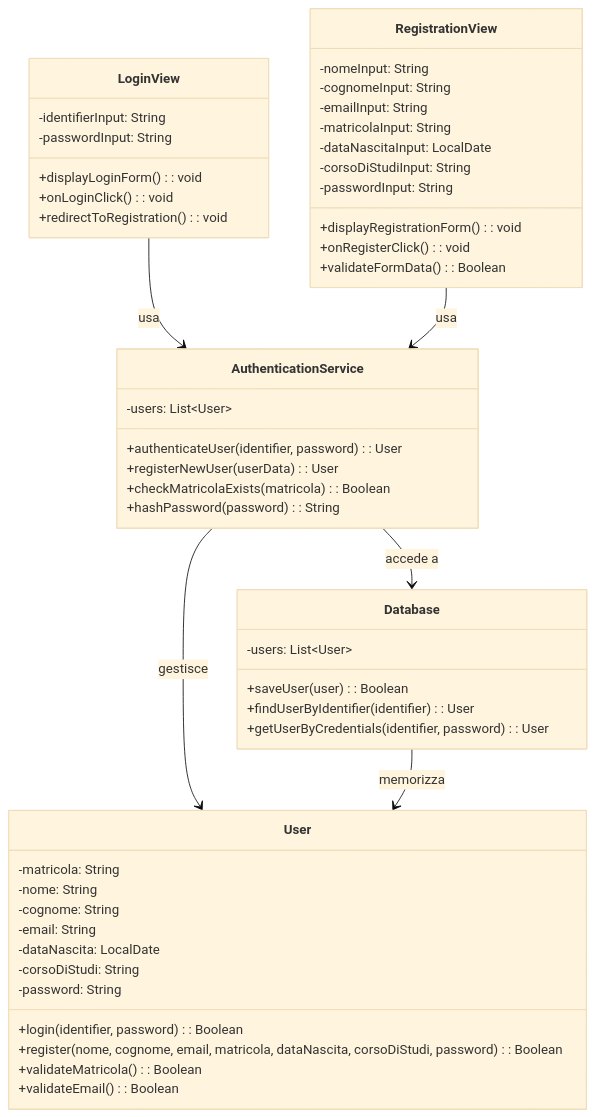
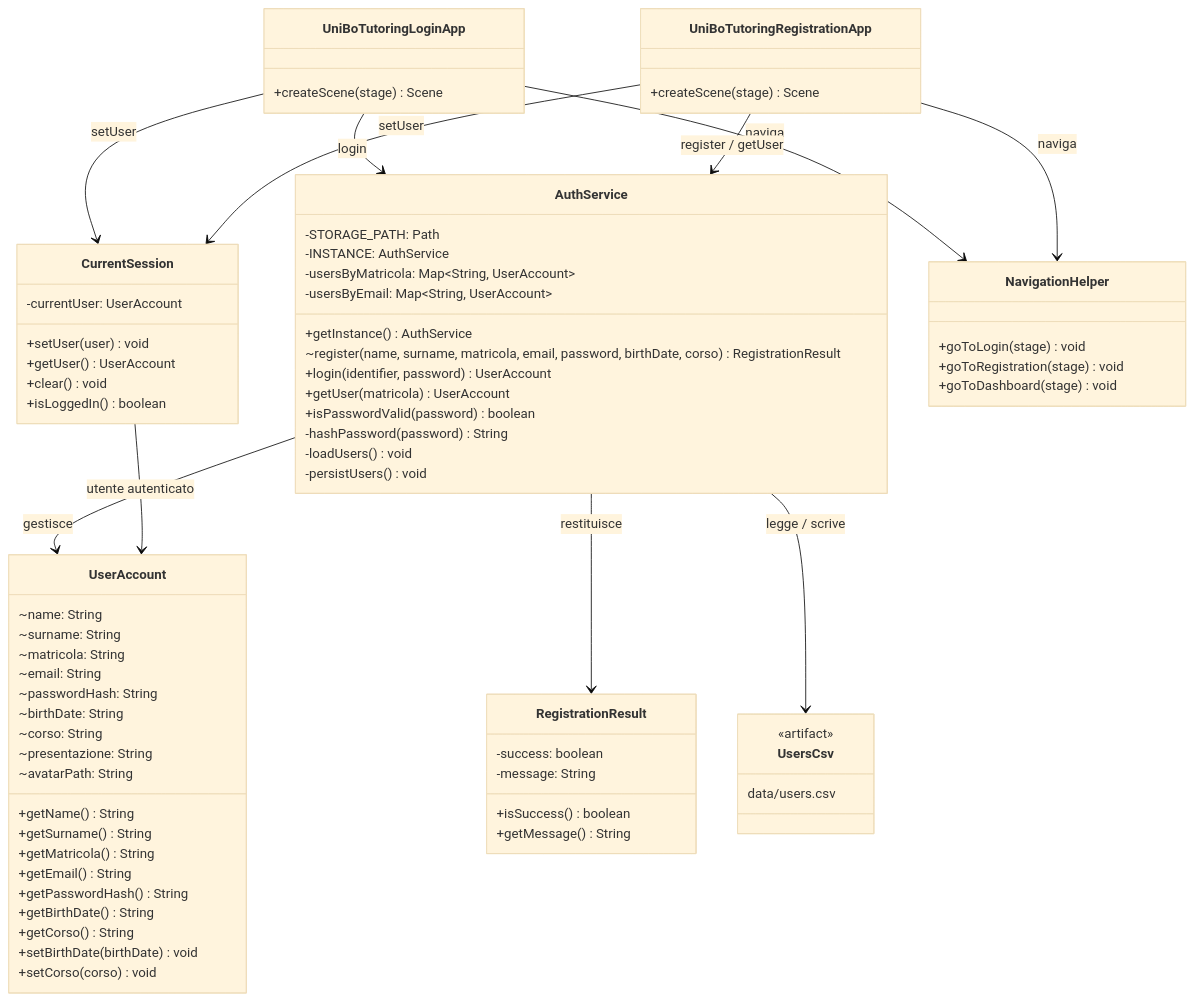
One commit to Sil2564/unibo_tutoring changed the third of 9 diagrams in README.md. Above: the diagram before and after it, drawn with Mermaid (base theme). The commit also changed other lines of this file and 2 other files, not shown here.

````diff
--- a/README.md
+++ b/README.md
@@ -171,53 +171,86 @@
 ```mermaid
 classDiagram
-    class User {
-        -matricola: String
-        -nome: String
-        -cognome: String
-        -email: String
-        -dataNascita: LocalDate
-        -corsoDiStudi: String
-        -password: String
-        +login(identifier, password): Boolean
-        +register(nome, cognome, email, matricola, dataNascita, corsoDiStudi, password): Boolean
-        +validateMatricola(): Boolean
-        +validateEmail(): Boolean
+    class UserAccount {
+        ~name: String
+        ~surname: String
+        ~matricola: String
+        ~email: String
+        ~passwordHash: String
+        ~birthDate: String
+        ~corso: String
+        ~presentazione: String
+        ~avatarPath: String
+        +getName() String
+        +getSurname() String
+        +getMatricola() String
+        +getEmail() String
+        +getPasswordHash() String
+        +getBirthDate() String
+        +getCorso() String
+        +setBirthDate(birthDate) void
+        +setCorso(corso) void
     }
-    class AuthenticationService {
-        -users: List~User~
-        +authenticateUser(identifier, password): User
-        +registerNewUser(userData): User
-        +checkMatricolaExists(matricola): Boolean
-        +hashPassword(password): String
+
+    class AuthService {
+        -STORAGE_PATH: Path
+        -INSTANCE: AuthService
+        -usersByMatricola: Map~String, UserAccount~
+        -usersByEmail: Map~String, UserAccount~
+        +getInstance() AuthService
+        ~register(name, surname, matricola, email, password, birthDate, corso) RegistrationResult
+        +login(identifier, password) UserAccount
+        +getUser(matricola) UserAccount
+        +isPasswordValid(password) boolean
+        -hashPassword(password) String
+        -loadUsers() void
+        -persistUsers() void
     }
-    class LoginView {
-        -identifierInput: String
-        -passwordInput: String
-        +displayLoginForm(): void
-        +onLoginClick(): void
-        +redirectToRegistration(): void
+
+    class RegistrationResult {
+        -success: boolean
+        -message: String
+        +isSuccess() boolean
+        +getMessage() String
     }
-    class RegistrationView {
-        -nomeInput: String
-        -cognomeInput: String
-        -emailInput: String
-        -matricolaInput: String
-        -dataNascitaInput: LocalDate
-        -corsoDiStudiInput: String
-        -passwordInput: String
-        +displayRegistrationForm(): void
-        +onRegisterClick(): void
-        +validateFormData(): Boolean
-}
-    class Database {
-        -users: List~User~
-        +saveUser(user): Boolean
-        +findUserByIdentifier(identifier): User
-        +getUserByCredentials(identifier, password): User
+
+    class CurrentSession {
+        -currentUser: UserAccount
+        +setUser(user) void
+        +getUser() UserAccount
+        +clear() void
+        +isLoggedIn() boolean
     }
-    LoginView --> AuthenticationService: usa
-    RegistrationView --> AuthenticationService: usa
-    AuthenticationService --> Database: accede a
-    AuthenticationService --> User: gestisce
-    Database --> User: memorizza
+
+    class UniBoTutoringLoginApp {
+        +createScene(stage) Scene
+    }
+
+    class UniBoTutoringRegistrationApp {
+        +createScene(stage) Scene
+    }
+
+    class NavigationHelper {
+        +goToLogin(stage) void
+        +goToRegistration(stage) void
+        +goToDashboard(stage) void
+    }
+
+    class UsersCsv {
+        <<artifact>>
+        data/users.csv
+    }
+
+    UniBoTutoringLoginApp --> AuthService : login
+    UniBoTutoringLoginApp --> CurrentSession : setUser
+    UniBoTutoringLoginApp --> NavigationHelper : naviga
+
+    UniBoTutoringRegistrationApp --> AuthService : register / getUser
+    UniBoTutoringRegistrationApp --> CurrentSession : setUser
+    UniBoTutoringRegistrationApp --> NavigationHelper : naviga
+
+    AuthService --> UserAccount : gestisce
+    AuthService --> RegistrationResult : restituisce
+    AuthService --> UsersCsv : legge / scrive
+
+    CurrentSession --> UserAccount : utente autenticato
 ```
````
